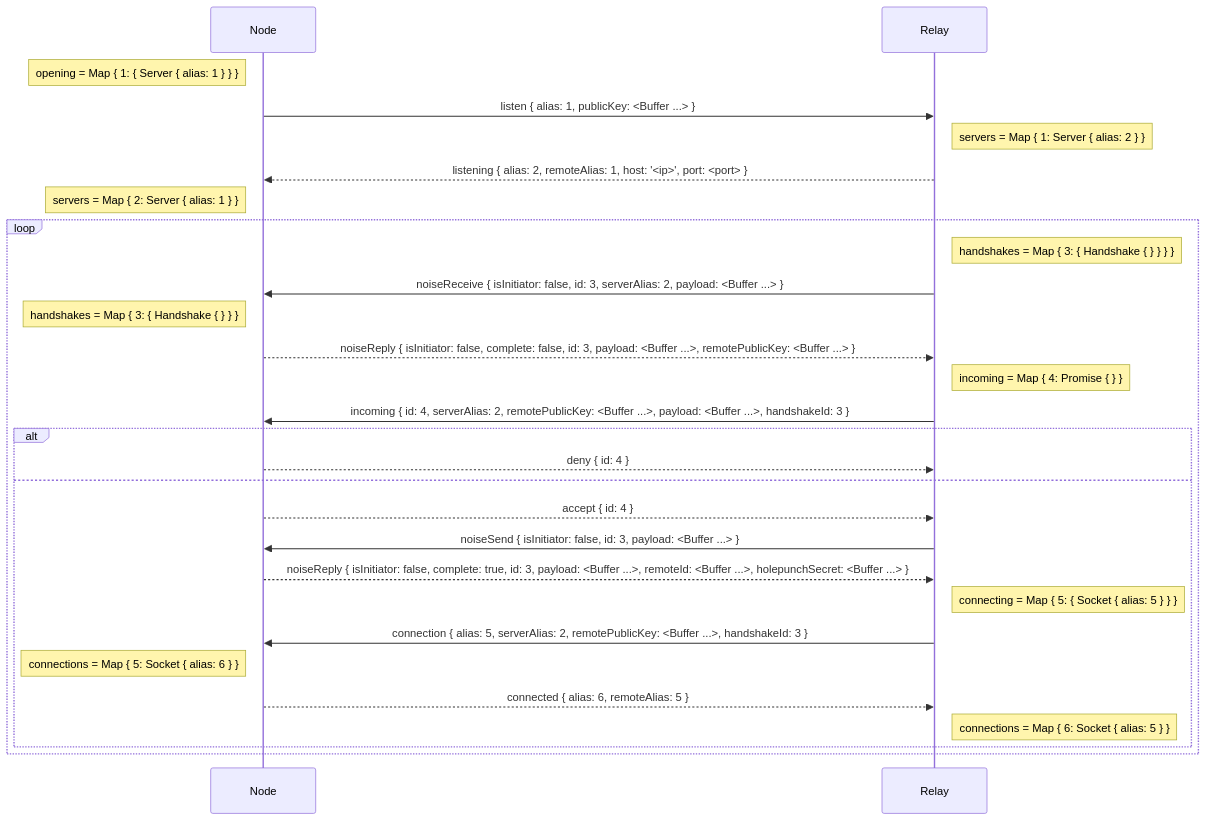
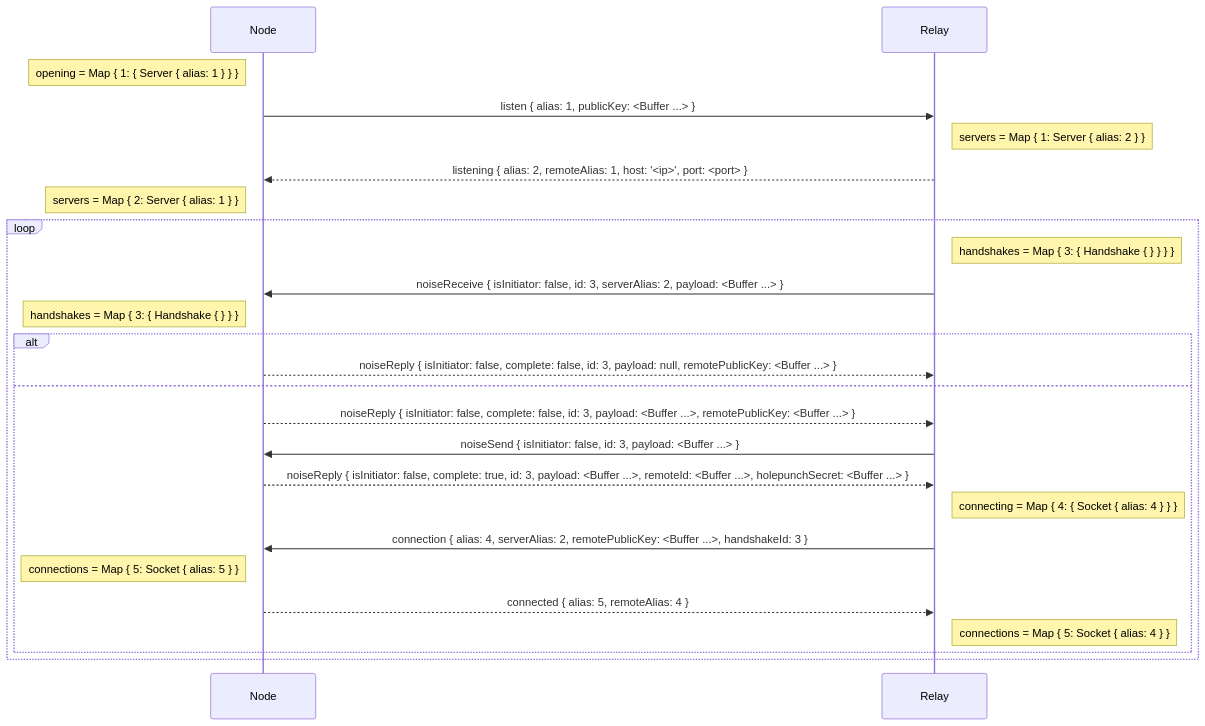
Before and after one commit to holepunchto/hyperswarm-dht-relay: the diagram in media/diagrams/create-server-handshake.mmd, drawn with Mermaid. The commit also changed 9 other files, not shown here.

Commit message:
Reject handshake when firewalling noncustodial connections

```diff
--- a/media/diagrams/create-server-handshake.mmd
+++ b/media/diagrams/create-server-handshake.mmd
@@ -1,47 +1,41 @@
 sequenceDiagram
   participant N as Node
   participant R as Relay
 
   note left of N: opening = Map { 1: { Server { alias: 1 } } }
 
   N->>R: listen { alias: 1, publicKey: <Buffer ...> }
 
   note right of R: servers = Map { 1: Server { alias: 2 } }
 
   R-->>N: listening { alias: 2, remoteAlias: 1, host: '<ip>', port: <port> }
 
   note left of N: servers = Map { 2: Server { alias: 1 } }
 
   loop
     note right of R: handshakes = Map { 3: { Handshake { } } } }
 
     R->>N: noiseReceive { isInitiator: false, id: 3, serverAlias: 2, payload: <Buffer ...> }
 
     note left of N: handshakes = Map { 3: { Handshake { } } }
 
-    N-->>R: noiseReply { isInitiator: false, complete: false, id: 3, payload: <Buffer ...>, remotePublicKey: <Buffer ...> }
-
-    note right of R: incoming = Map { 4: Promise { } }
-
-    R->>N: incoming { id: 4, serverAlias: 2, remotePublicKey: <Buffer ...>, payload: <Buffer ...>, handshakeId: 3 }
-
     alt
-      N-->>R: deny { id: 4 }
+      N-->>R: noiseReply { isInitiator: false, complete: false, id: 3, payload: null, remotePublicKey: <Buffer ...> }
     else
-      N-->>R: accept { id: 4 }
+      N-->>R: noiseReply { isInitiator: false, complete: false, id: 3, payload: <Buffer ...>, remotePublicKey: <Buffer ...> }
 
       R->>N: noiseSend { isInitiator: false, id: 3, payload: <Buffer ...> }
 
       N-->>R: noiseReply { isInitiator: false, complete: true, id: 3, payload: <Buffer ...>, remoteId: <Buffer ...>, holepunchSecret: <Buffer ...> }
 
-      note right of R: connecting = Map { 5: { Socket { alias: 5 } } }
+      note right of R: connecting = Map { 4: { Socket { alias: 4 } } }
 
-      R->>N: connection { alias: 5, serverAlias: 2, remotePublicKey: <Buffer ...>, handshakeId: 3 }
+      R->>N: connection { alias: 4, serverAlias: 2, remotePublicKey: <Buffer ...>, handshakeId: 3 }
 
-      note left of N: connections = Map { 5: Socket { alias: 6 } }
+      note left of N: connections = Map { 5: Socket { alias: 5 } }
 
-      N-->>R: connected { alias: 6, remoteAlias: 5 }
+      N-->>R: connected { alias: 5, remoteAlias: 4 }
 
-      note right of R: connections = Map { 6: Socket { alias: 5 } }
+      note right of R: connections = Map { 5: Socket { alias: 4 } }
     end
   end
```
